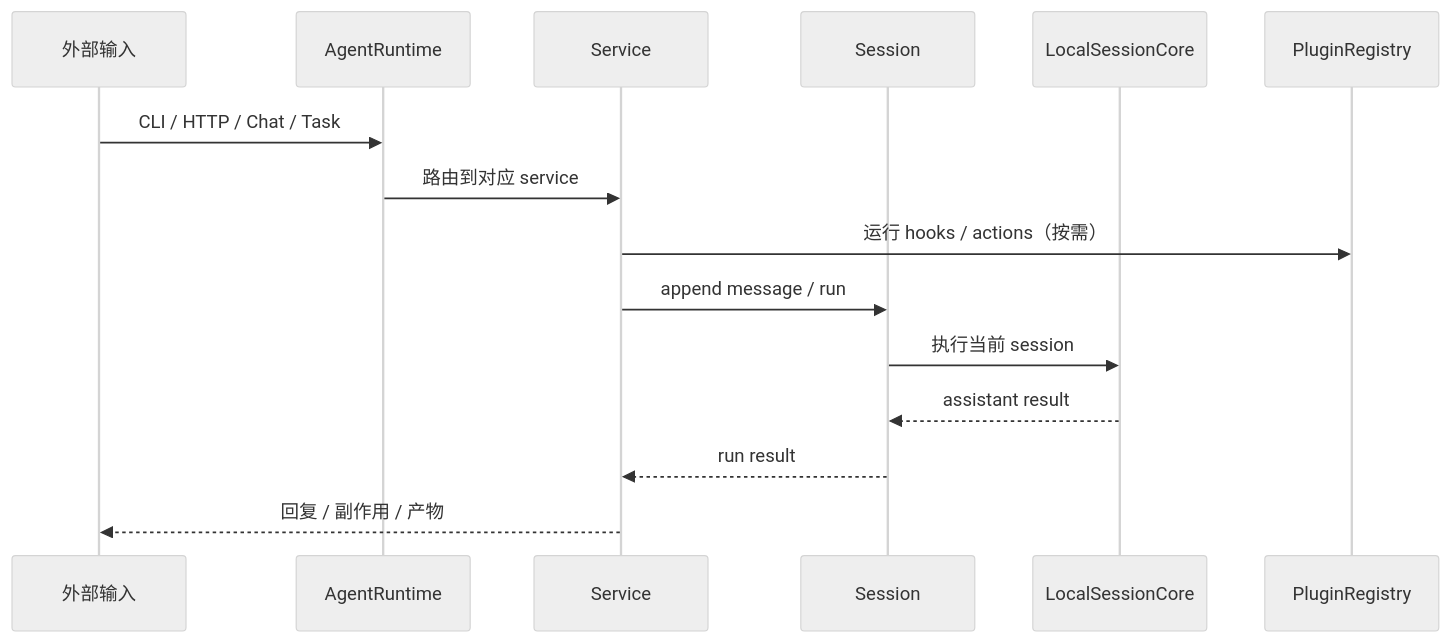
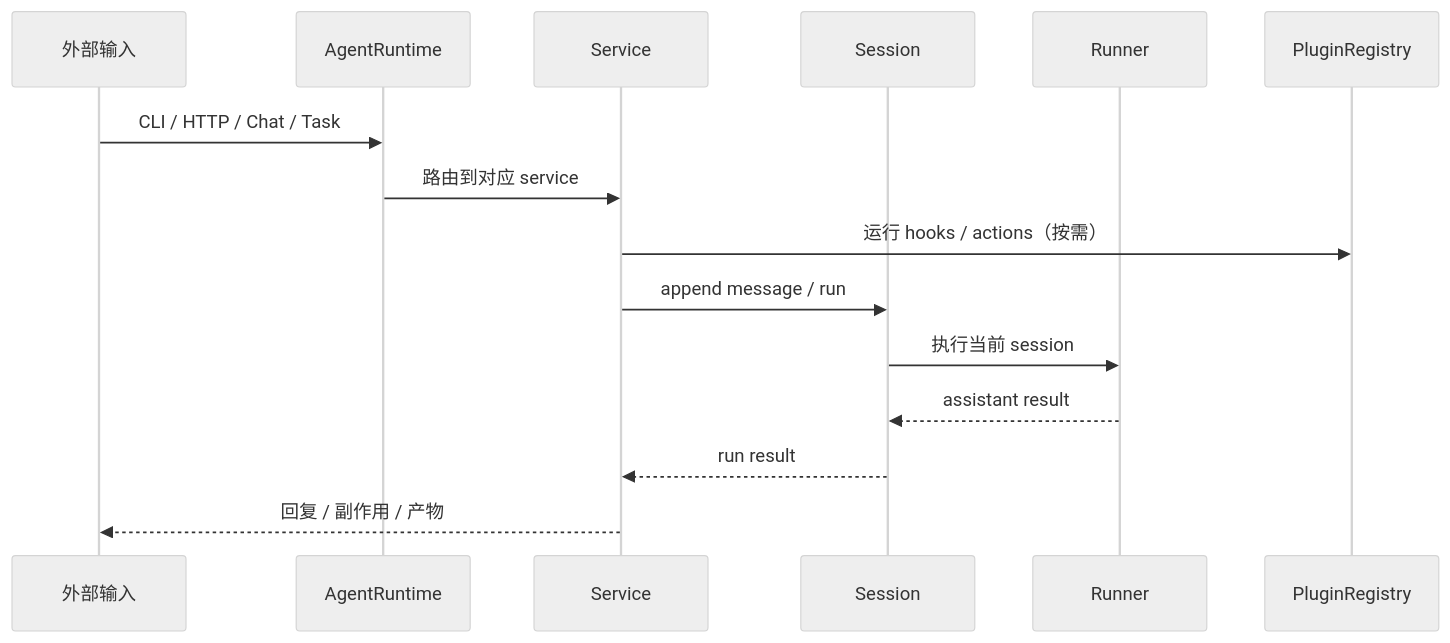
Before and after one commit to wangenius/downcity: the third of 3 diagrams in homepage/content/devdocs/zh/package/runtime-and-services.mdx, drawn with Mermaid (neutral theme). The commit also changed 42 other files, not shown here.

Commit message:
refactor(agent): simplify session execution architecture

````diff
--- a/homepage/content/devdocs/zh/package/runtime-and-services.mdx
+++ b/homepage/content/devdocs/zh/package/runtime-and-services.mdx
@@ -224,18 +224,18 @@
 ```mermaid
 sequenceDiagram
   participant In as 外部输入
   participant Agent as AgentRuntime
   participant Service as Service
   participant Session as Session
-  participant Core as LocalSessionCore
+  participant Core as Runner
   participant Plugin as PluginRegistry
 
   In->>Agent: CLI / HTTP / Chat / Task
   Agent->>Service: 路由到对应 service
   Service->>Plugin: 运行 hooks / actions（按需）
   Service->>Session: append message / run
   Session->>Core: 执行当前 session
   Core-->>Session: assistant result
   Session-->>Service: run result
   Service-->>In: 回复 / 副作用 / 产物
 ```
````
